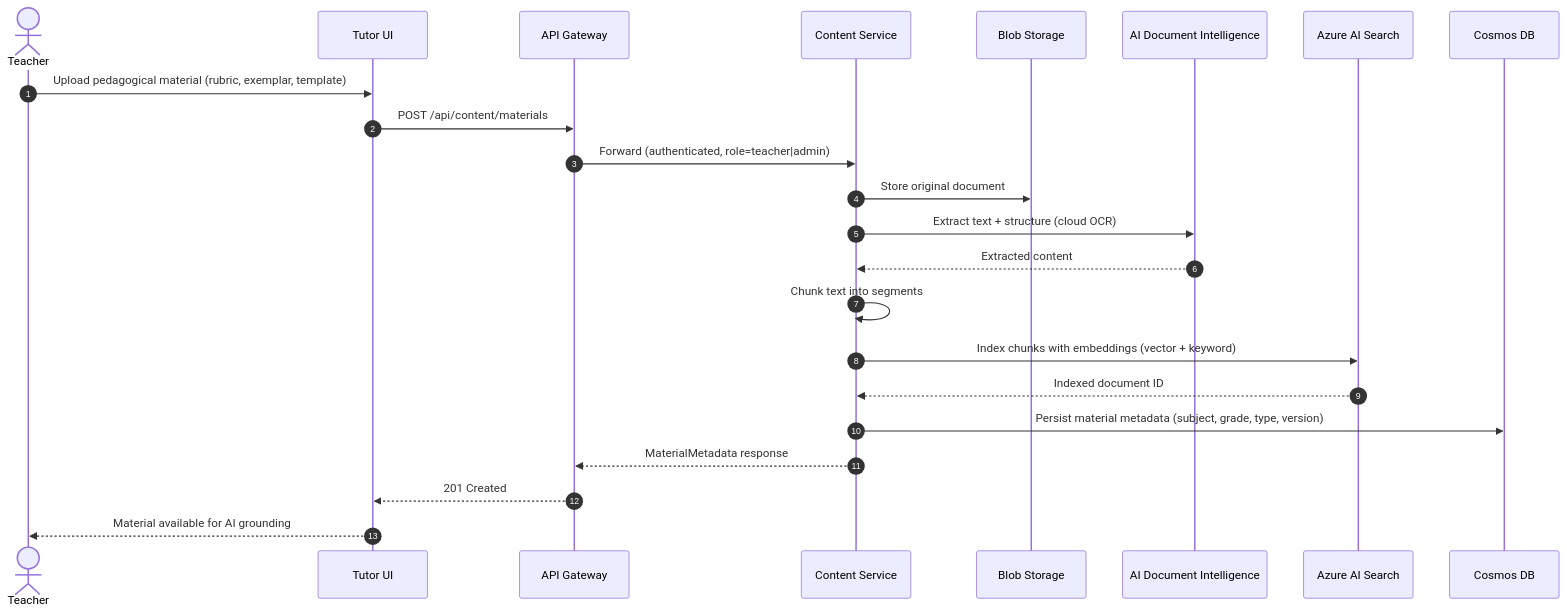
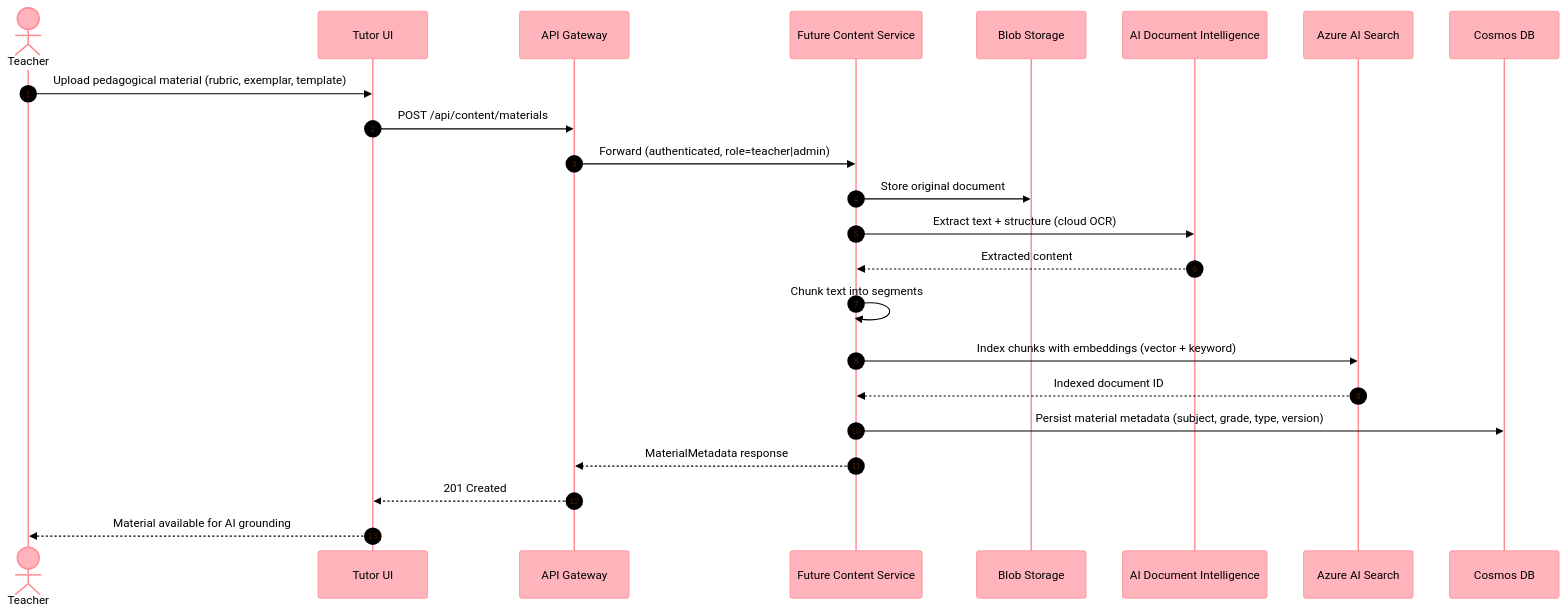
One commit to Azure-Samples/tutor changed diagram 11 of 26 in docs/architecture.md. Above: the diagram before and after it, drawn with Mermaid. The commit also changed other lines of this file and 41 other files, not shown here.

Commit message:
docs: consolidate current architecture decisions

````diff
--- a/docs/architecture.md
+++ b/docs/architecture.md
@@ -441,29 +507,37 @@
 ```mermaid
+%%{init: {'theme':'base', 'themeVariables': {
+  'primaryColor':'#FFB3BA',
+  'primaryTextColor':'#000',
+  'primaryBorderColor':'#FF8B94',
+  'lineColor':'#BAE1FF',
+  'secondaryColor':'#BAE1FF',
+  'tertiaryColor':'#FFFFFF'
+}}}%%
 sequenceDiagram
     autonumber
     actor Teacher
     participant UI as Tutor UI
     participant APIM as API Gateway
-    participant Content as Content Service
+    participant Content as Future Content Service
     participant Blob as Blob Storage
     participant DocIntel as AI Document Intelligence
     participant AISearch as Azure AI Search
     participant Cosmos as Cosmos DB
 
     Teacher->>UI: Upload pedagogical material (rubric, exemplar, template)
     UI->>APIM: POST /api/content/materials
     APIM->>Content: Forward (authenticated, role=teacher|admin)
 
     Content->>Blob: Store original document
     Content->>DocIntel: Extract text + structure (cloud OCR)
     DocIntel-->>Content: Extracted content
 
     Content->>Content: Chunk text into segments
     Content->>AISearch: Index chunks with embeddings (vector + keyword)
     AISearch-->>Content: Indexed document ID
 
     Content->>Cosmos: Persist material metadata (subject, grade, type, version)
     Content-->>APIM: MaterialMetadata response
     APIM-->>UI: 201 Created
     UI-->>Teacher: Material available for AI grounding
 ```
````
